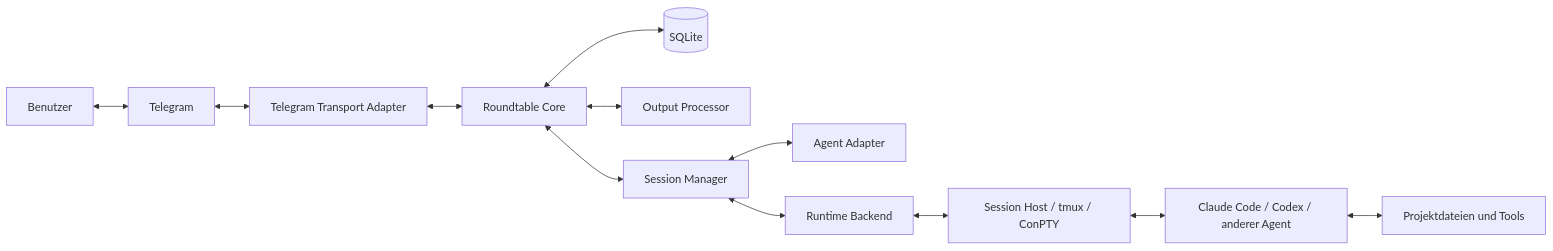
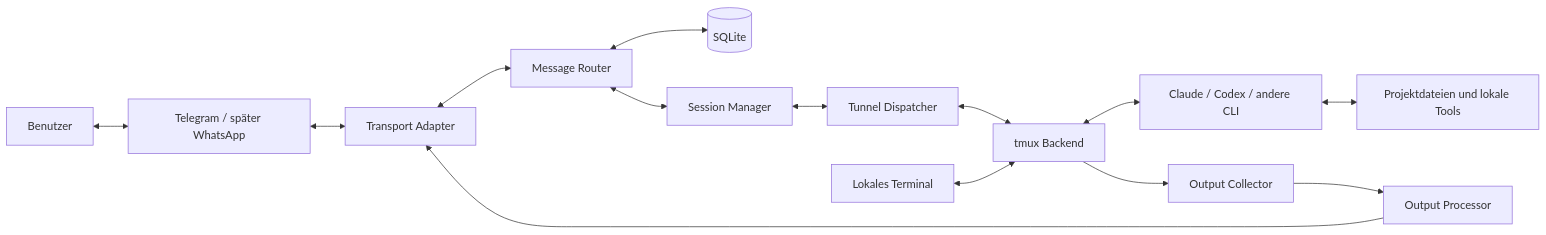
Before and after one commit to rogertobler/roundtable: the first of 4 diagrams in docs/04-architecture.md, drawn with Mermaid. The commit also changed other lines of this file and 12 other files, not shown here.

Commit message:
docs: define native CLI tunnel architecture

````diff
--- a/docs/04-architecture.md
+++ b/docs/04-architecture.md
@@ -20,14 +42,16 @@
 ```mermaid
 flowchart LR
-    U[Benutzer] <--> T[Telegram]
-    T <--> TA[Telegram Transport Adapter]
-    TA <--> C[Roundtable Core]
-    C <--> DB[(SQLite)]
-    C <--> OP[Output Processor]
-    C <--> SM[Session Manager]
-    SM <--> AA[Agent Adapter]
-    SM <--> RB[Runtime Backend]
-    RB <--> SH[Session Host / tmux / ConPTY]
-    SH <--> A[Claude Code / Codex / anderer Agent]
-    A <--> P[Projektdateien und Tools]
+    U[Benutzer] <--> T[Telegram / später WhatsApp]
+    T <--> TA[Transport Adapter]
+    TA <--> R[Message Router]
+    R <--> DB[(SQLite)]
+    R <--> SM[Session Manager]
+    SM <--> TD[Tunnel Dispatcher]
+    TD <--> TB[tmux Backend]
+    TB <--> CLI[Claude / Codex / andere CLI]
+    CLI <--> P[Projektdateien und lokale Tools]
+    TB --> OC[Output Collector]
+    OC --> OP[Output Processor]
+    OP --> TA
+    L[Lokales Terminal] <--> TB
 ```
````
